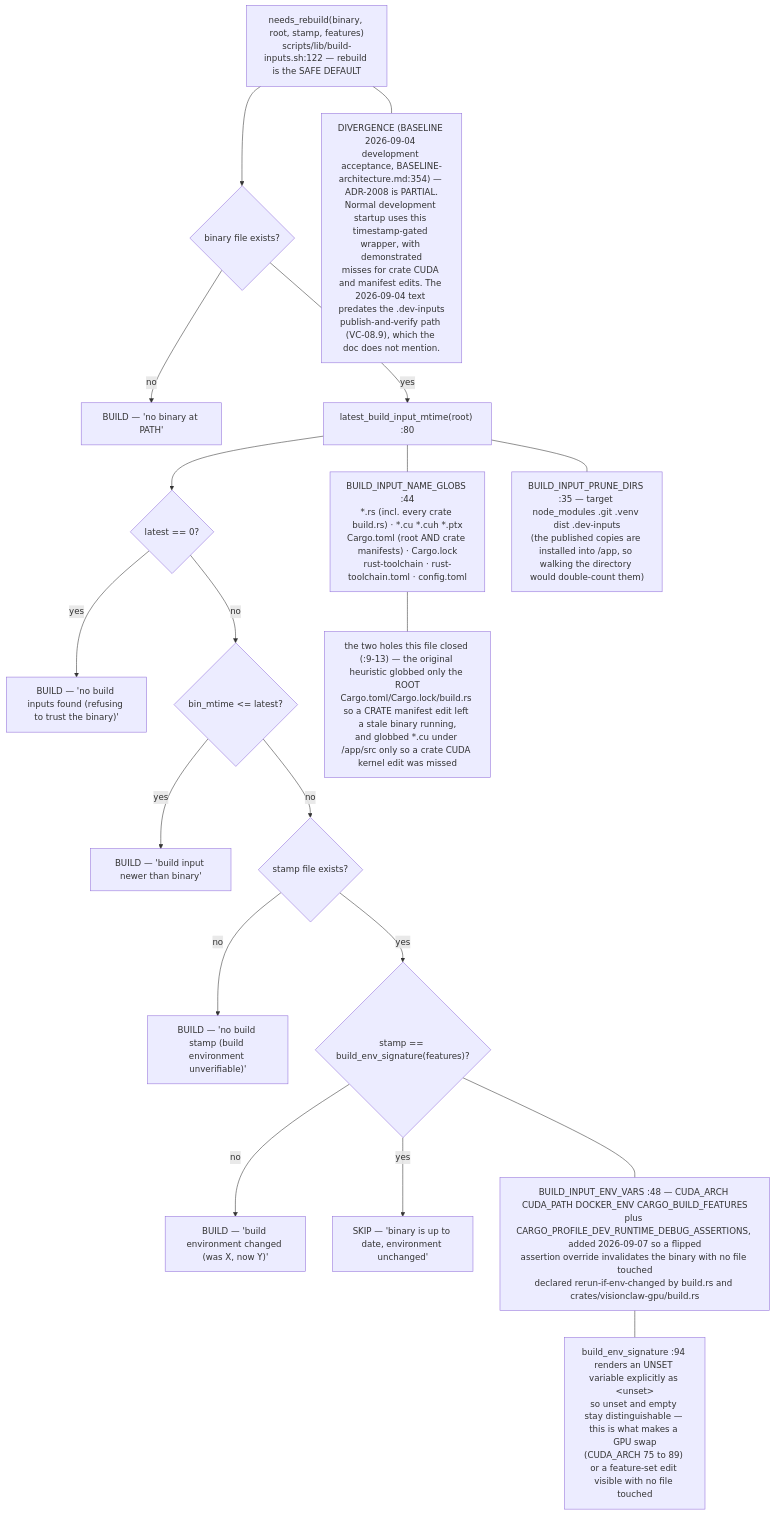
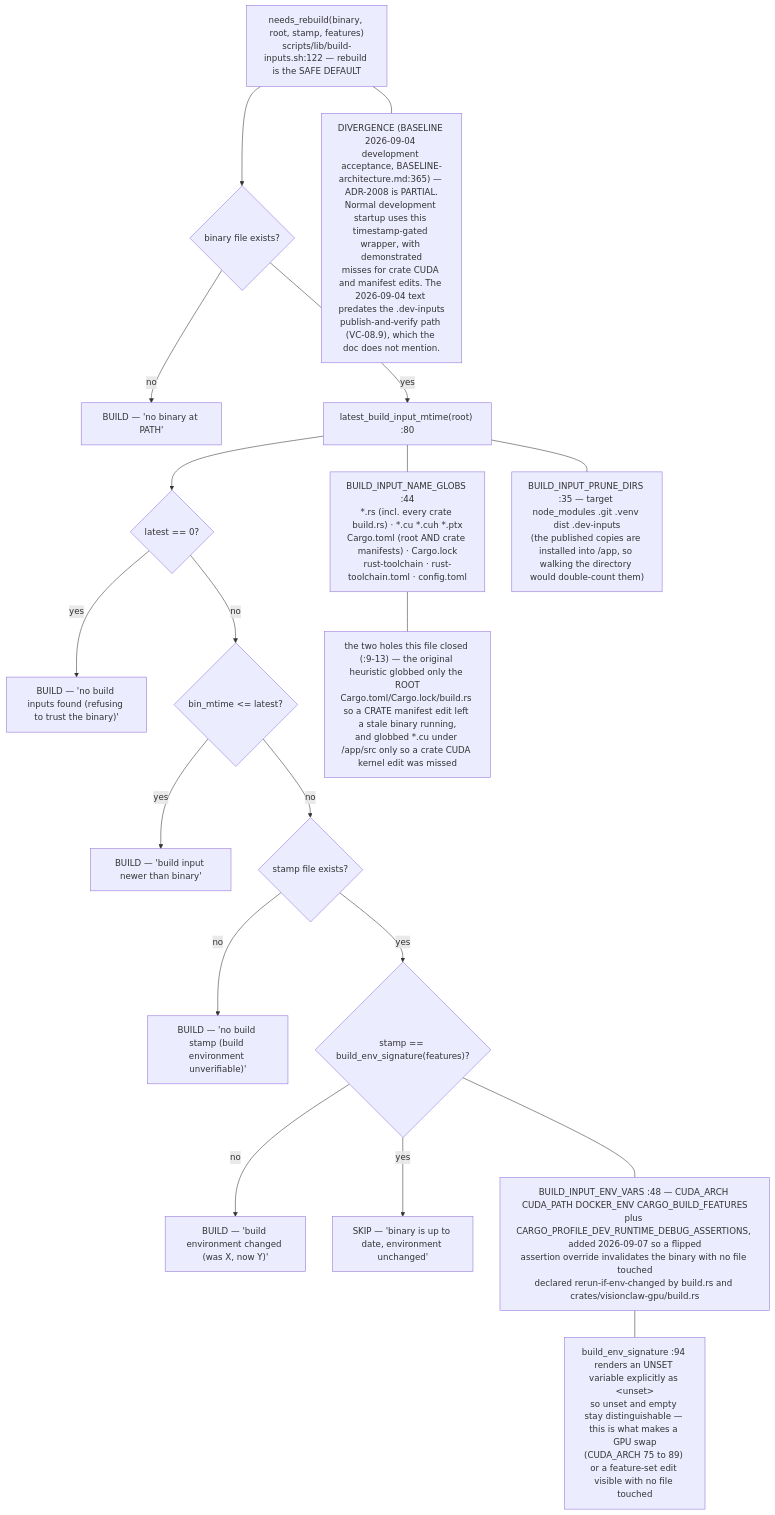
One commit to DreamLab-AI/VisionFlow changed the seventh of 9 diagrams in docs/diagrams/visionclaw/08-observability-health-and-dev-loop.md. Above: the diagram before and after it, drawn with Mermaid. The commit also changed other lines of this file and 145 other files, not shown here.

````diff
--- a/docs/diagrams/visionclaw/08-observability-health-and-dev-loop.md
+++ b/docs/diagrams/visionclaw/08-observability-health-and-dev-loop.md
@@ -253,28 +254,28 @@
 ```mermaid
 flowchart TB
     NR["needs_rebuild(binary, root, stamp, features)<br/>scripts/lib/build-inputs.sh:122 — rebuild is the SAFE DEFAULT"]
     NR --> C1{"binary file exists?"}
     C1 -->|no| B1["BUILD — 'no binary at PATH'"]
     C1 -->|yes| C2["latest_build_input_mtime(root) :80"]
     C2 --> C3{"latest == 0?"}
     C3 -->|yes| B2["BUILD — 'no build inputs found (refusing to trust the binary)'"]
     C3 -->|no| C4{"bin_mtime <= latest?"}
     C4 -->|yes| B3["BUILD — 'build input newer than binary'"]
     C4 -->|no| C5{"stamp file exists?"}
     C5 -->|no| B4["BUILD — 'no build stamp (build environment unverifiable)'"]
     C5 -->|yes| C6{"stamp == build_env_signature(features)?"}
     C6 -->|no| B5["BUILD — 'build environment changed (was X, now Y)'"]
     C6 -->|yes| SK["SKIP — 'binary is up to date, environment unchanged'"]
     GLOB["BUILD_INPUT_NAME_GLOBS :44<br/>*.rs (incl. every crate build.rs) · *.cu *.cuh *.ptx<br/>Cargo.toml (root AND crate manifests) · Cargo.lock<br/>rust-toolchain · rust-toolchain.toml · config.toml"]
     PRUNE["BUILD_INPUT_PRUNE_DIRS :35 — target node_modules .git .venv dist .dev-inputs<br/>(the published copies are installed into /app, so walking the directory would double-count them)"]
     ENVV["BUILD_INPUT_ENV_VARS :48 — CUDA_ARCH CUDA_PATH DOCKER_ENV CARGO_BUILD_FEATURES<br/>plus CARGO_PROFILE_DEV_RUNTIME_DEBUG_ASSERTIONS, added 2026-09-07 so a flipped<br/>assertion override invalidates the binary with no file touched<br/>declared rerun-if-env-changed by build.rs and crates/visionclaw-gpu/build.rs"]
     C2 --- GLOB
     C2 --- PRUNE
     C6 --- ENVV
     SIG["build_env_signature :94 renders an UNSET variable explicitly as &lt;unset&gt;<br/>so unset and empty stay distinguishable — this is what makes a GPU swap<br/>(CUDA_ARCH 75 to 89) or a feature-set edit visible with no file touched"]
     ENVV --- SIG
     HOLES["the two holes this file closed (:9-13) — the original heuristic globbed only the ROOT<br/>Cargo.toml/Cargo.lock/build.rs so a CRATE manifest edit left a stale binary running,<br/>and globbed *.cu under /app/src only so a crate CUDA kernel edit was missed"]
     GLOB --- HOLES
-    DIV["DIVERGENCE (BASELINE 2026-09-04 development acceptance, BASELINE-architecture.md:354) — ADR-2008 is PARTIAL.<br/>Normal development startup uses this timestamp-gated wrapper, with demonstrated<br/>misses for crate CUDA and manifest edits. The 2026-09-04 text predates the .dev-inputs<br/>publish-and-verify path (VC-08.9), which the doc does not mention."]
+    DIV["DIVERGENCE (BASELINE 2026-09-04 development acceptance, BASELINE-architecture.md:365) — ADR-2008 is PARTIAL.<br/>Normal development startup uses this timestamp-gated wrapper, with demonstrated<br/>misses for crate CUDA and manifest edits. The 2026-09-04 text predates the .dev-inputs<br/>publish-and-verify path (VC-08.9), which the doc does not mention."]
     NR --- DIV
 ```
````
